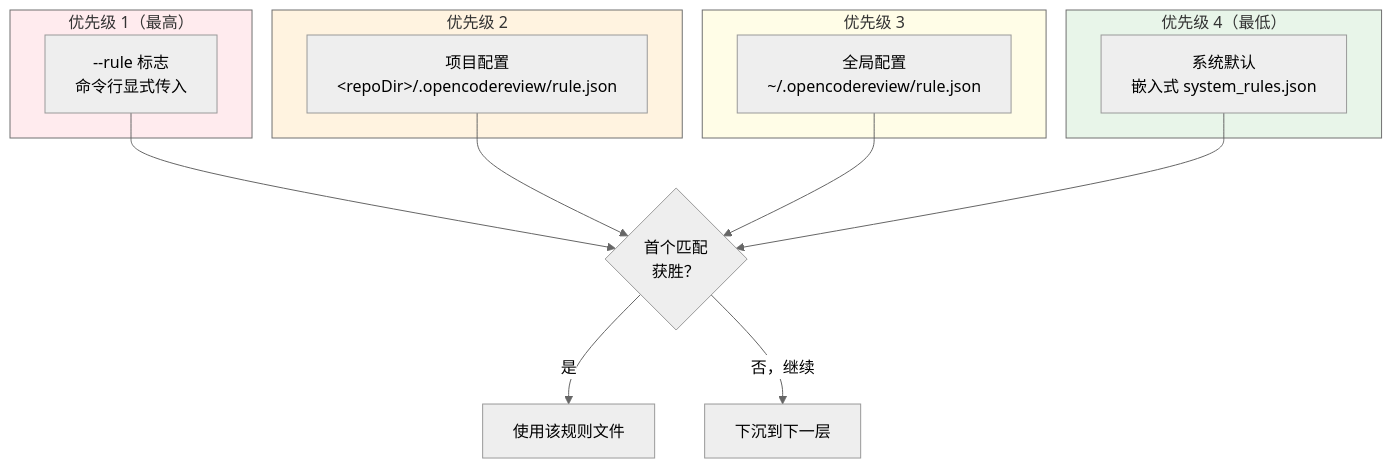
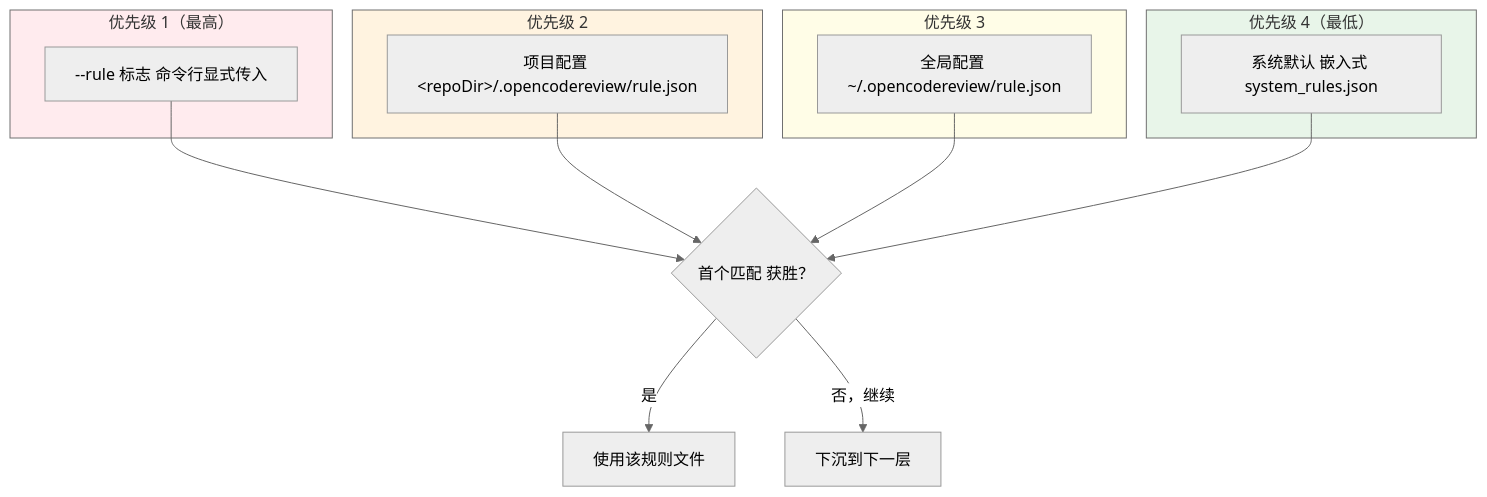
Before and after one commit to awesome-flexloop/awesome-okf: the first of 4 diagrams in doc/bundles/jishu/ai/products/open-code-review/concepts/04-review-rules.md, drawn with Mermaid (neutral theme). The commit also changed other lines of this file and 10 other files, not shown here.

First line of the commit message:
docs(bundle): 清偿 Open Code Review 存量 Mermaid 违规避免规范漂移累积

````diff
--- a/doc/bundles/jishu/ai/products/open-code-review/concepts/04-review-rules.md
+++ b/doc/bundles/jishu/ai/products/open-code-review/concepts/04-review-rules.md
@@ -25,30 +25,25 @@
 ```mermaid
 graph TB
     subgraph P1["优先级 1（最高）"]
-        FLAG["--rule 标志<br/>命令行显式传入"]
+        FLAG["--rule 标志 命令行显式传入"]
     end
-
     subgraph P2["优先级 2"]
-        PROJ["项目配置<br/>&lt;repoDir&gt;/.opencodereview/rule.json"]
+        PROJ["项目配置 &lt;repoDir&gt;/.opencodereview/rule.json"]
     end
-
     subgraph P3["优先级 3"]
-        GLOBAL["全局配置<br/>~/.opencodereview/rule.json"]
+        GLOBAL["全局配置 ~/.opencodereview/rule.json"]
     end
-
     subgraph P4["优先级 4（最低）"]
-        SYS["系统默认<br/>嵌入式 system_rules.json"]
+        SYS["系统默认 嵌入式 system_rules.json"]
     end
-
-    FLAG --> CHECK{"首个匹配<br/>获胜？"}
+    FLAG --> CHECK{"首个匹配 获胜？"}
     PROJ --> CHECK
     GLOBAL --> CHECK
     SYS --> CHECK
-    CHECK -->|是| RES["使用该规则文件"]
-    CHECK -->|否，继续| NEXT["下沉到下一层"]
-
+    CHECK -->|"是"| RES["使用该规则文件"]
+    CHECK -->|"否，继续"| NEXT["下沉到下一层"]
     style P1 fill:#ffebee
     style P2 fill:#fff3e0
     style P3 fill:#fffde7
     style P4 fill:#e8f5e9
 ```
````
